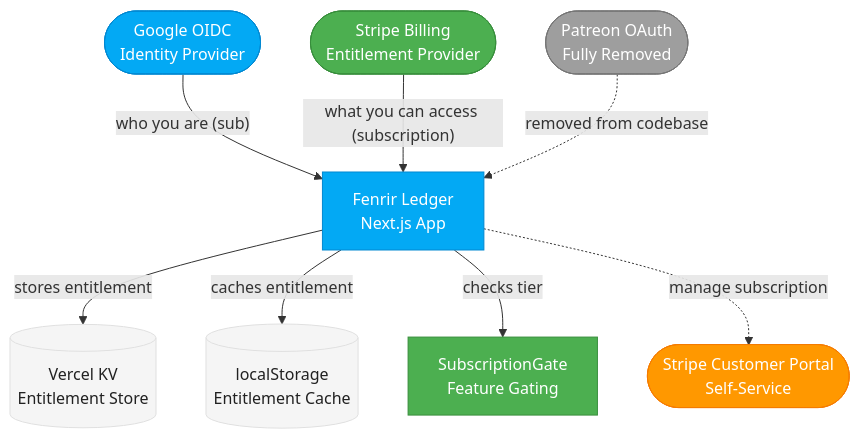
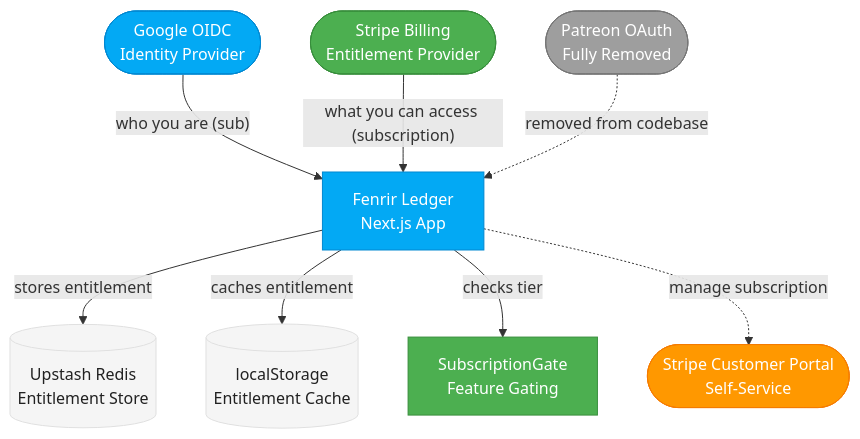
Before and after one commit to declanshanaghy/fenrir-ledger: the diagram in product/platform-recommendation.md, drawn with Mermaid. The commit also changed other lines of this file and 3 other files, not shown here.

````diff
--- a/product/platform-recommendation.md
+++ b/product/platform-recommendation.md
@@ -95,39 +94,39 @@
 ```mermaid
 graph TD
     classDef primary fill:#03A9F4,stroke:#0288D1,color:#FFF
     classDef healthy fill:#4CAF50,stroke:#388E3C,color:#FFF
     classDef warning fill:#FF9800,stroke:#F57C00,color:#FFF
     classDef neutral fill:#F5F5F5,stroke:#E0E0E0,color:#212121
     classDef unavailable fill:#9E9E9E,stroke:#757575,color:#FFF
 
     %% Identity layer
     google([Google OIDC<br/>Identity Provider])
     %% Entitlement layer
     stripe([Stripe Billing<br/>Entitlement Provider])
     patreon([Patreon OAuth<br/>Fully Removed])
     %% Storage
-    kv[(Vercel KV<br/>Entitlement Store)]
+    kv[(Upstash Redis<br/>Entitlement Store)]
     cache[(localStorage<br/>Entitlement Cache)]
 
     %% App layer
     app[Fenrir Ledger<br/>Next.js App]
     gate[SubscriptionGate<br/>Feature Gating]
     portal([Stripe Customer Portal<br/>Self-Service])
 
     google -->|"who you are (sub)"| app
     stripe -->|"what you can access (subscription)"| app
     app -->|"stores entitlement"| kv
     app -->|"caches entitlement"| cache
     app -->|"checks tier"| gate
     app -.->|"manage subscription"| portal
     patreon -.->|"removed from codebase"| app
 
     class google primary
     class stripe healthy
     class patreon unavailable
     class kv neutral
     class cache neutral
     class app primary
     class gate healthy
     class portal warning
 ```
````
